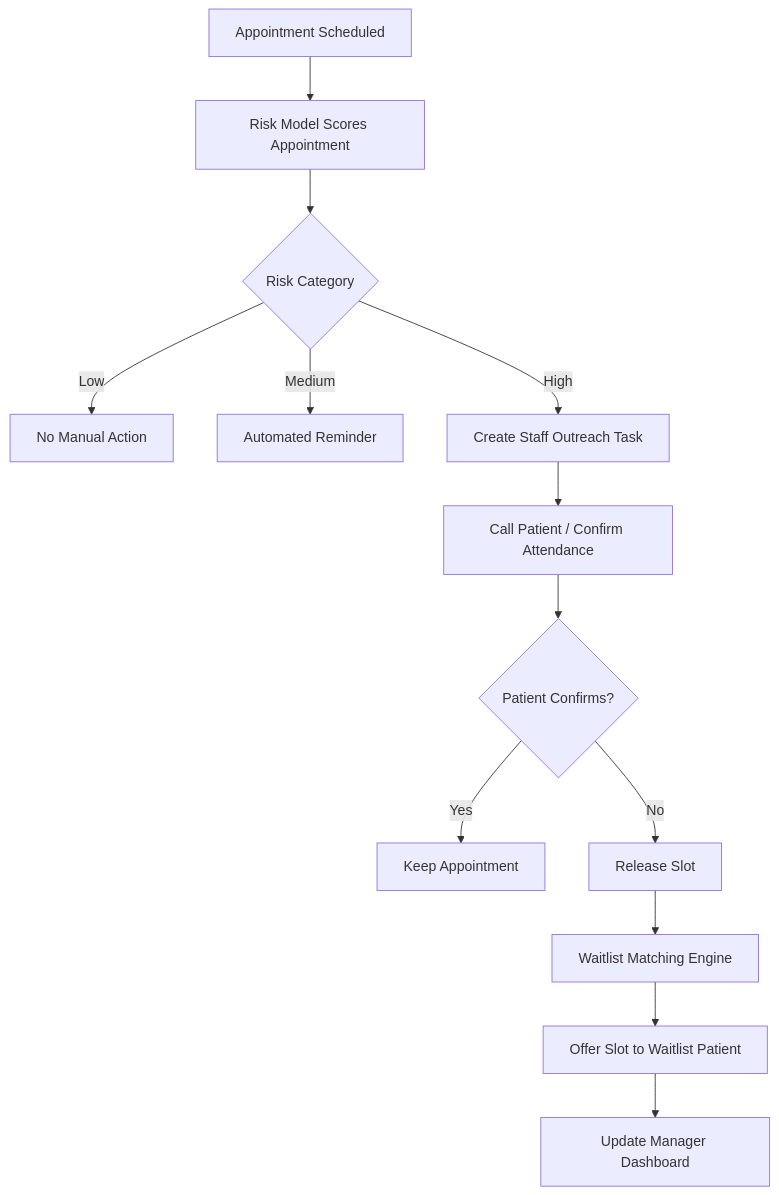
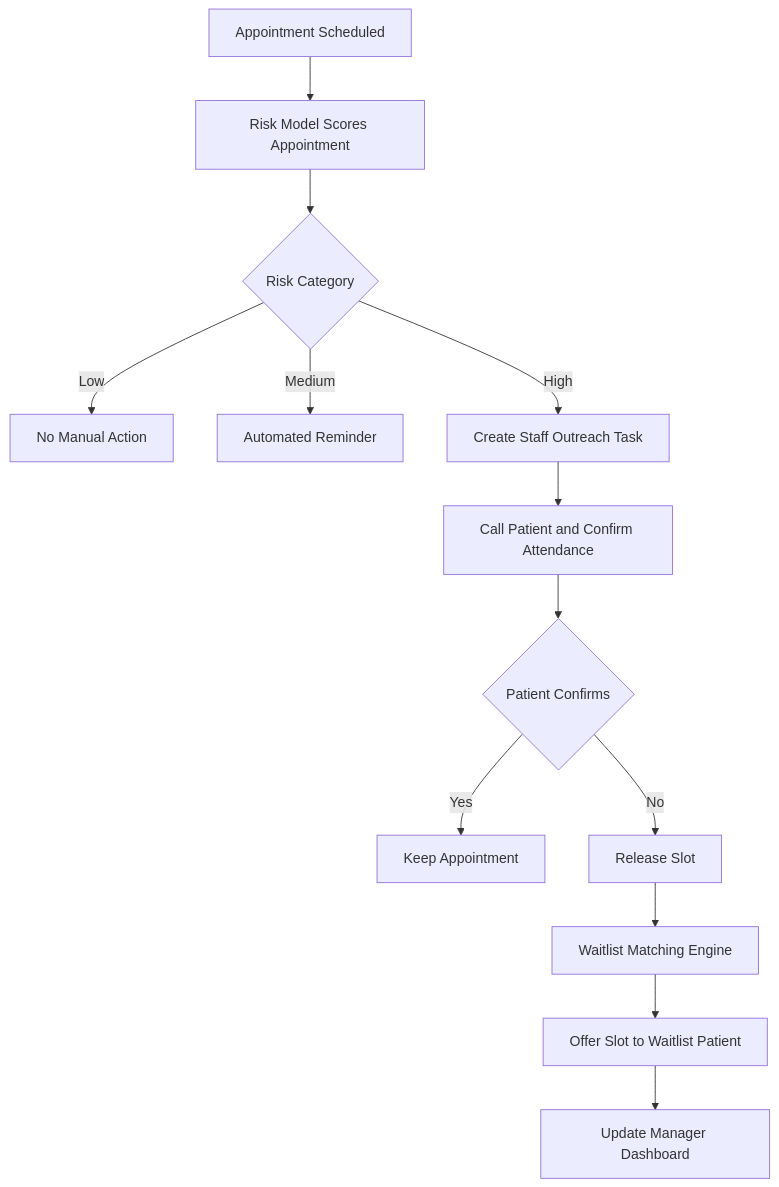
Before and after one commit to Darshita-dp/Patient-Access-No-Show-Automation-Platform: the diagram in README.md, drawn with Mermaid.

Commit message:
Fix README workflow diagram rendering

````diff
--- a/README.md
+++ b/README.md
@@ -331,15 +331,15 @@
 ```mermaid
 flowchart TD
-    A[Appointment Scheduled] --> B[Risk Model Scores Appointment]
-    B --> C{Risk Category}
-    C -->|Low| D[No Manual Action]
-    C -->|Medium| E[Automated Reminder]
-    C -->|High| F[Create Staff Outreach Task]
-    F --> G[Call Patient / Confirm Attendance]
-    G --> H{Patient Confirms?}
-    H -->|Yes| I[Keep Appointment]
-    H -->|No| J[Release Slot]
-    J --> K[Waitlist Matching Engine]
-    K --> L[Offer Slot to Waitlist Patient]
-    L --> M[Update Manager Dashboard]
+    A["Appointment Scheduled"] --> B["Risk Model Scores Appointment"]
+    B --> C{"Risk Category"}
+    C -->|Low| D["No Manual Action"]
+    C -->|Medium| E["Automated Reminder"]
+    C -->|High| F["Create Staff Outreach Task"]
+    F --> G["Call Patient and Confirm Attendance"]
+    G --> H{"Patient Confirms"}
+    H -->|Yes| I["Keep Appointment"]
+    H -->|No| J["Release Slot"]
+    J --> K["Waitlist Matching Engine"]
+    K --> L["Offer Slot to Waitlist Patient"]
+    L --> M["Update Manager Dashboard"]
 ```
````
